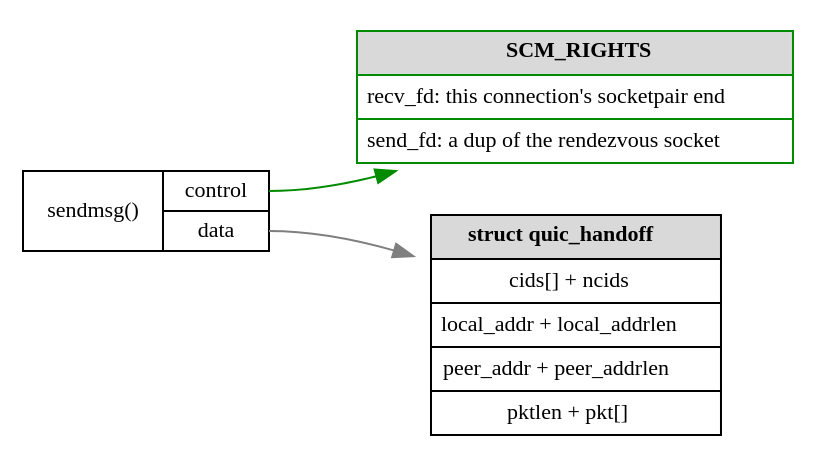
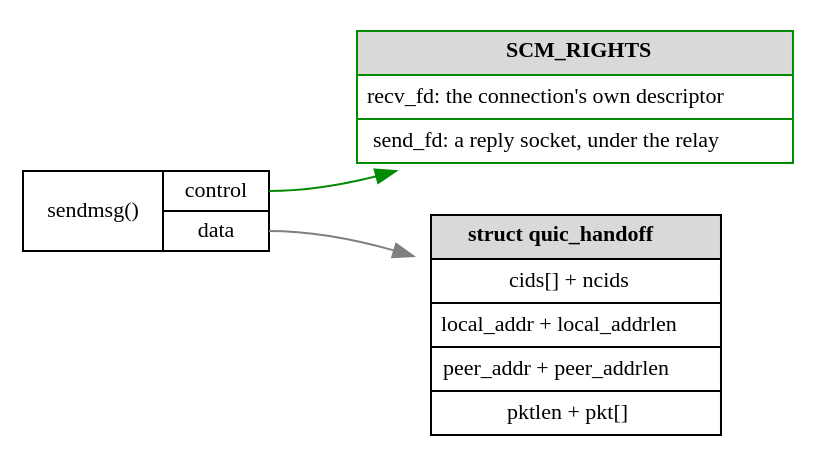
One commit to cyrusimap/cyrus-imapd changed the second of 6 diagrams in docsrc/concepts/features/quic-dispatch.rst. Above: the diagram before and after it, drawn with Graphviz. The commit also changed other lines of this file and 17 other files, not shown here.

```diff
--- a/docsrc/concepts/features/quic-dispatch.rst
+++ b/docsrc/concepts/features/quic-dispatch.rst
@@ -75,29 +78,29 @@
 .. graphviz::
     :caption: What a QUIC_HANDOFF_FD message carries
 
     digraph {
             rankdir = LR;
             splines = true;
 
             edge [color=gray50, fontname=Calibri, fontsize=11];
             node [shape=record, fontname=Calibri, fontsize=11];
 
             msg [label="{sendmsg()|{<c>control|<d>data}}"];
             fd [shape=plaintext, label=<
                 <TABLE BORDER="0" CELLBORDER="1" CELLSPACING="0" CELLPADDING="4" COLOR="green4">
                     <TR><TD BGCOLOR="gray85"><B>SCM_RIGHTS</B></TD></TR>
-                    <TR><TD>recv_fd: this connection's socketpair end</TD></TR>
-                    <TR><TD>send_fd: a dup of the rendezvous socket</TD></TR>
+                    <TR><TD>recv_fd: the connection's own descriptor</TD></TR>
+                    <TR><TD>send_fd: a reply socket, under the relay</TD></TR>
                 </TABLE>>];
             payload [shape=plaintext, label=<
                 <TABLE BORDER="0" CELLBORDER="1" CELLSPACING="0" CELLPADDING="4">
                     <TR><TD BGCOLOR="gray85"><B>struct quic_handoff</B></TD></TR>
                     <TR><TD>cids[] + ncids</TD></TR>
                     <TR><TD>local_addr + local_addrlen</TD></TR>
                     <TR><TD>peer_addr + peer_addrlen</TD></TR>
                     <TR><TD>pktlen + pkt[]</TD></TR>
                 </TABLE>>];
 
             msg:c -> fd [color=green4];
             msg:d -> payload;
         }
```
